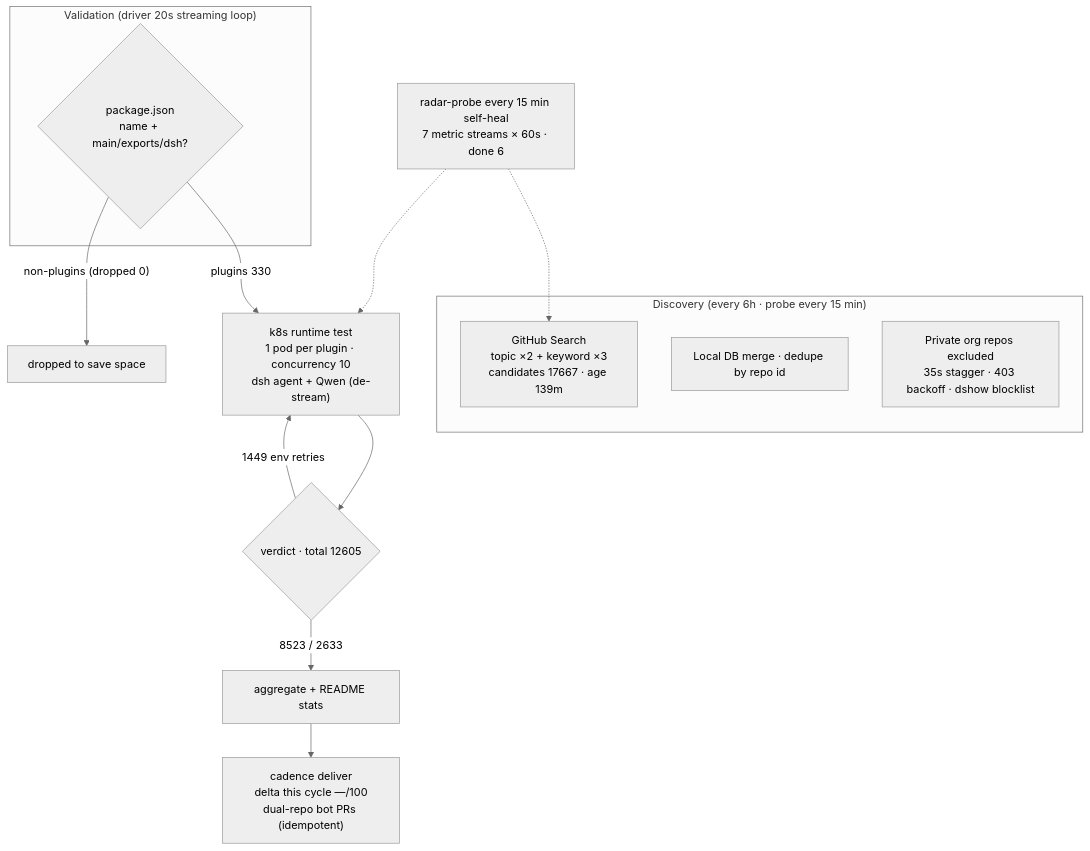
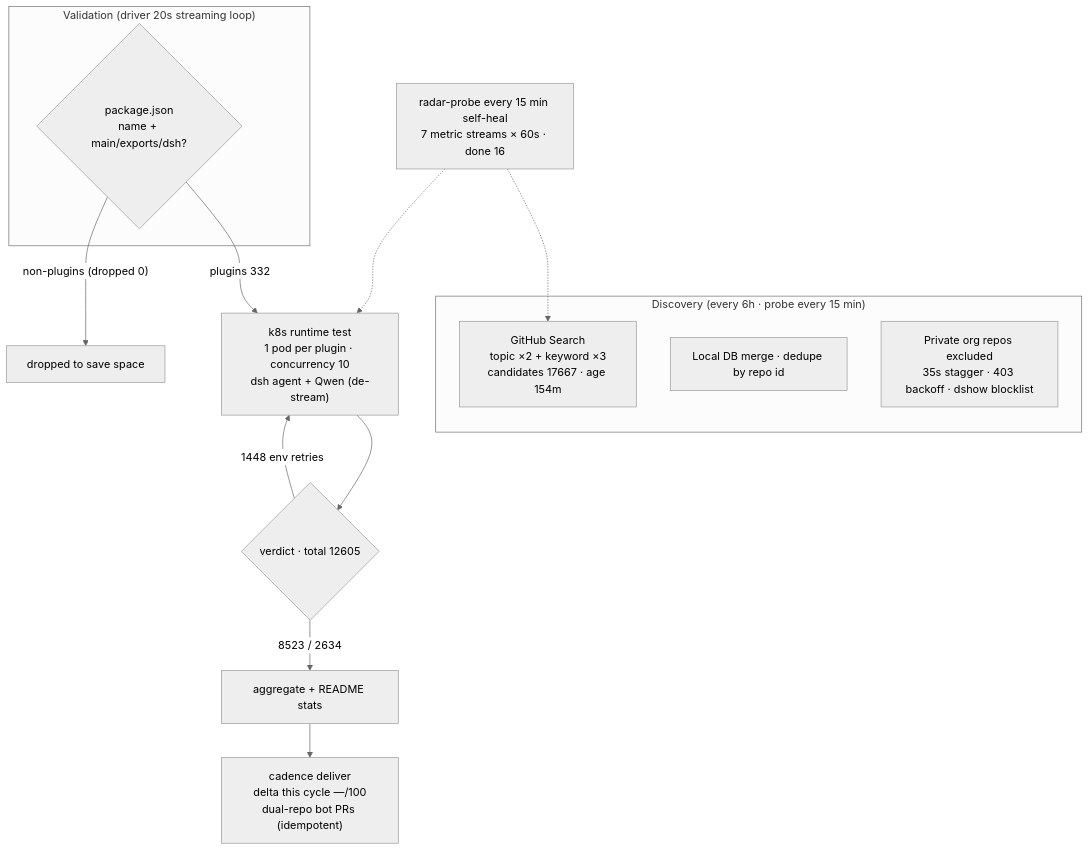
Before and after one commit to AdamPlatin123/awesome-dsh-plugins: the diagram in README.en-US.md, drawn with Mermaid (neutral theme). The commit also changed other lines of this file and 5 other files, not shown here.

````diff
--- a/README.en-US.md
+++ b/README.en-US.md
@@ -45,20 +45,20 @@
 ```mermaid
 flowchart TB
     subgraph Discovery["Discovery (every 6h · probe every 15 min)"]
-        A1["GitHub Search<br/>topic ×2 + keyword ×3<br/>candidates 17667 · age 139m"]
+        A1["GitHub Search<br/>topic ×2 + keyword ×3<br/>candidates 17667 · age 154m"]
         A2["Local DB merge · dedupe by repo id"]
         A3["Private org repos excluded<br/>35s stagger · 403 backoff · dshow blocklist"]
     end
     subgraph Validation["Validation (driver 20s streaming loop)"]
         B1{"package.json<br/>name + main/exports/dsh?"}
     end
-    B1 -->|"plugins 330"| C1["k8s runtime test<br/>1 pod per plugin · concurrency 10<br/>dsh agent + Qwen (de-stream)"]
+    B1 -->|"plugins 332"| C1["k8s runtime test<br/>1 pod per plugin · concurrency 10<br/>dsh agent + Qwen (de-stream)"]
     B1 -->|"non-plugins (dropped 0)"| B3["dropped to save space"]
     C1 --> D1{"verdict · total 12605"}
-    D1 -->|"8523 / 2633"| E1["aggregate + README stats"]
-    D1 -->|"1449 env retries"| C1
+    D1 -->|"8523 / 2634"| E1["aggregate + README stats"]
+    D1 -->|"1448 env retries"| C1
     E1 --> E2["cadence deliver<br/>delta this cycle —/100<br/>dual-repo bot PRs (idempotent)"]
-    M["radar-probe every 15 min self-heal<br/>7 metric streams × 60s · done 6"]
+    M["radar-probe every 15 min self-heal<br/>7 metric streams × 60s · done 16"]
     M -.-> A1
     M -.-> C1
 ```
````
